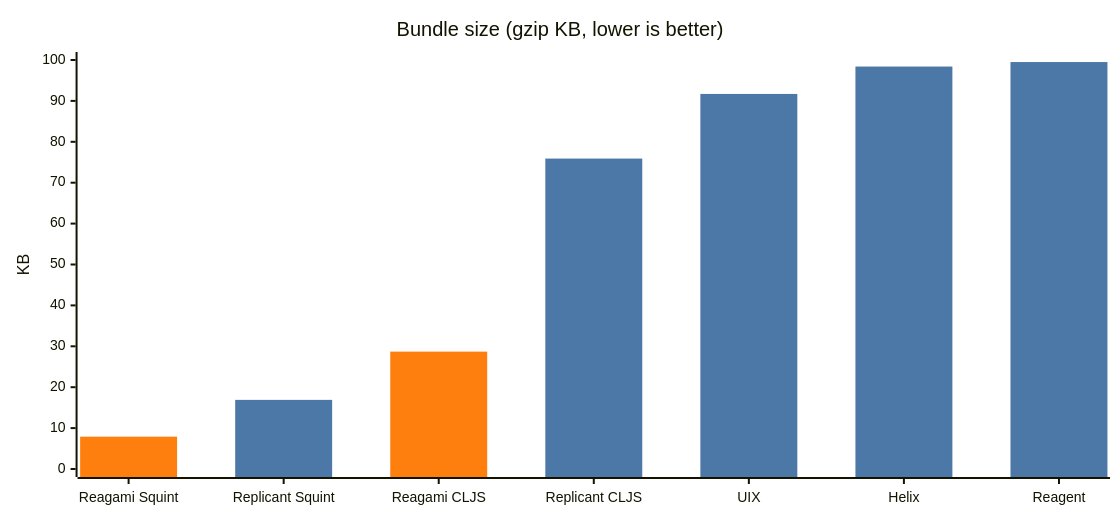
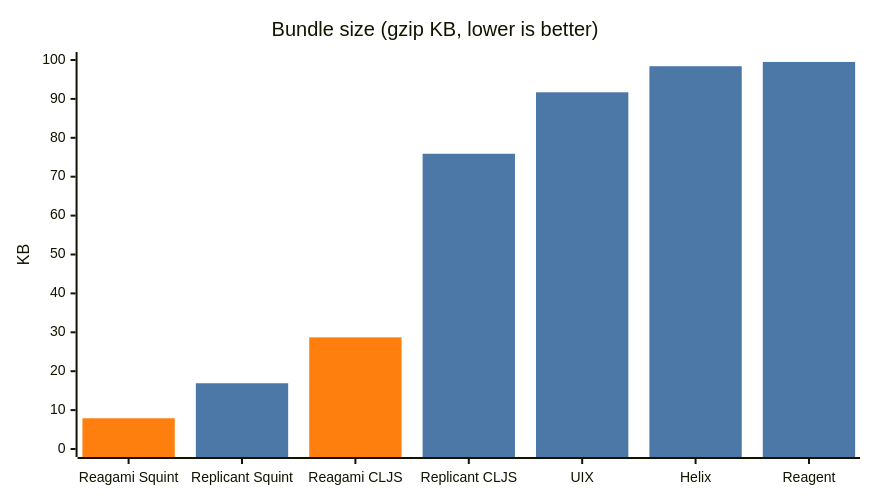
One commit to borkdude/reagami changed the second of 2 diagrams in README.md. Above: the diagram before and after it, drawn with Mermaid. The commit also changed other lines of this file and 1 other file, not shown here.

Commit message:
Tighten chart width

````diff
--- a/README.md
+++ b/README.md
@@ -203,17 +203,17 @@
 ```mermaid
 ---
 config:
   xyChart:
-    width: 1100
-    height: 500
+    width: 850
+    height: 480
   themeVariables:
     xyChart:
       plotColorPalette: "#ff7f0e, #4c78a8"
 ---
 xychart-beta
     title "Bundle size (gzip KB, lower is better)"
     x-axis ["Reagami Squint", "Replicant Squint", "Reagami CLJS", "Replicant CLJS", "UIX", "Helix", "Reagent"]
     y-axis "KB" 0 --> 100
     bar [7.9, -5, 28.7, -5, -5, -5, -5]
     bar [-5, 16.9, -5, 75.9, 91.7, 98.4, 99.5]
 ```
````
